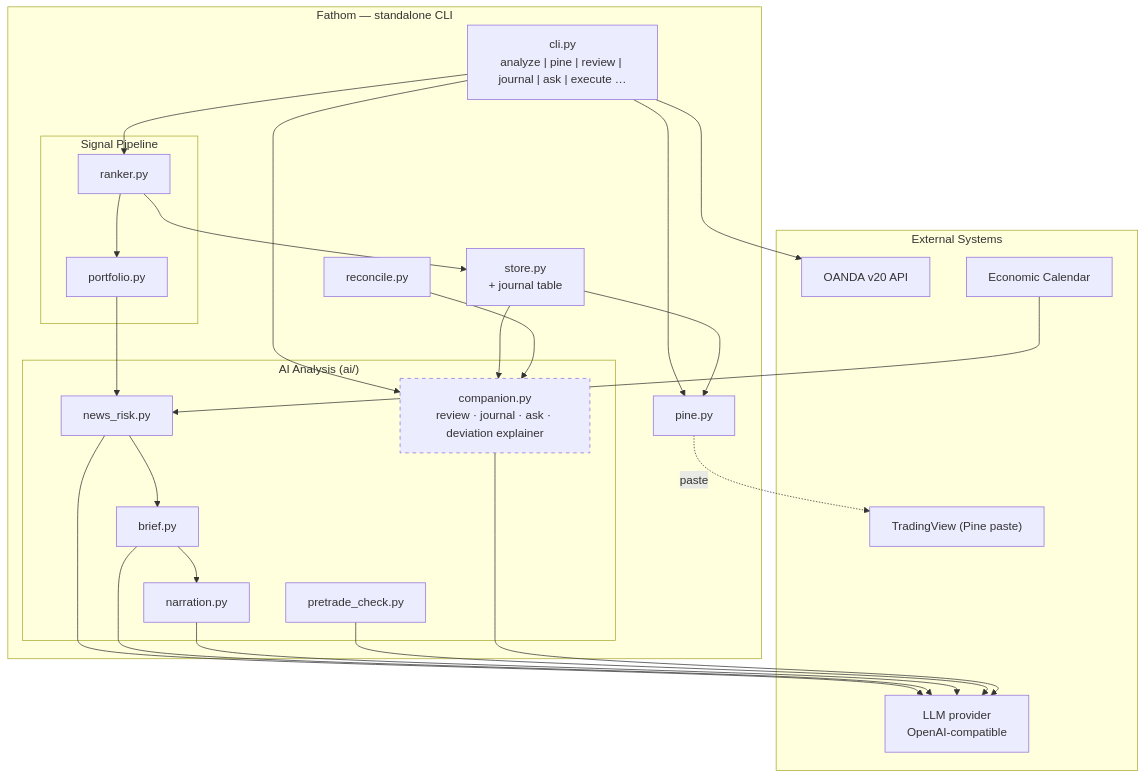
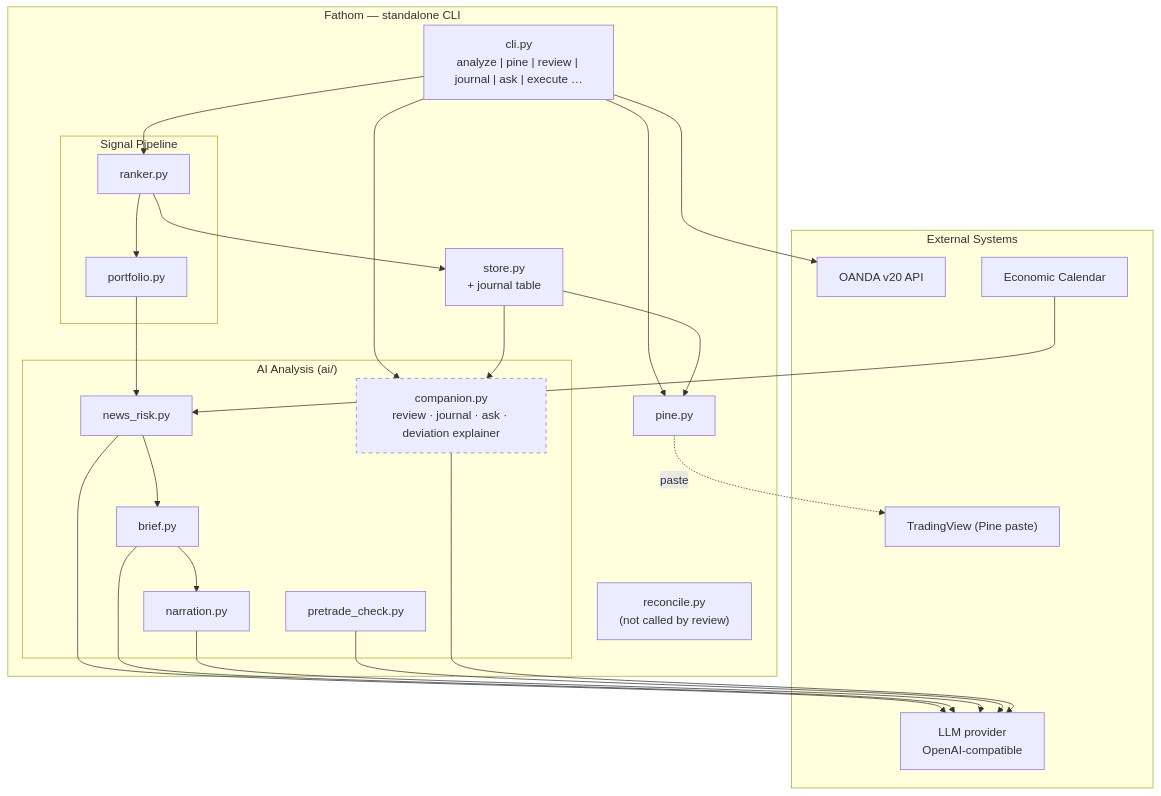
One commit to saambaby/fathom changed the diagram in docs/phases/phase-08/phase.md. Above: the diagram before and after it, drawn with Mermaid. The commit also changed other lines of this file and 11 other files, not shown here.

````diff
--- a/docs/phases/phase-08/phase.md
+++ b/docs/phases/phase-08/phase.md
@@ -67,43 +78,42 @@
 ```mermaid
 graph TD
     subgraph ext["External Systems"]
         OANDA["OANDA v20 API"]
         LLM_API["LLM provider\nOpenAI-compatible"]
         CALENDAR["Economic Calendar"]
         TV["TradingView (Pine paste)"]
     end
 
     subgraph fathom["Fathom — standalone CLI"]
         CLI["cli.py\nanalyze | pine | review | journal | ask | execute …"]
 
         subgraph signal_layer["Signal Pipeline"]
             RANKER["ranker.py"]
             PORTFOLIO["portfolio.py"]
         end
 
         subgraph ai_layer["AI Analysis (ai/)"]
             NEWSRISK["news_risk.py"]
             BRIEF["brief.py"]
             NARRATE["narration.py"]
             PRETRADE["pretrade_check.py"]
             COMPANION["companion.py\nreview · journal · ask · deviation explainer"]
         end
 
         PINE["pine.py"]
         STORE["store.py\n+ journal table"]
-        RECONCILE["reconcile.py"]
+        RECONCILE["reconcile.py\n(not called by review)"]
     end
 
     CLI --> RANKER --> PORTFOLIO --> NEWSRISK --> BRIEF --> NARRATE
     CLI --> PINE
     STORE --> PINE
     PINE -. paste .-> TV
     CLI --> COMPANION
     STORE --> COMPANION
-    RECONCILE --> COMPANION
     NEWSRISK & BRIEF & NARRATE & PRETRADE & COMPANION --> LLM_API
     CLI --> OANDA
     CALENDAR --> NEWSRISK
     RANKER --> STORE
     style COMPANION stroke-dasharray: 5 5
 ```
````
